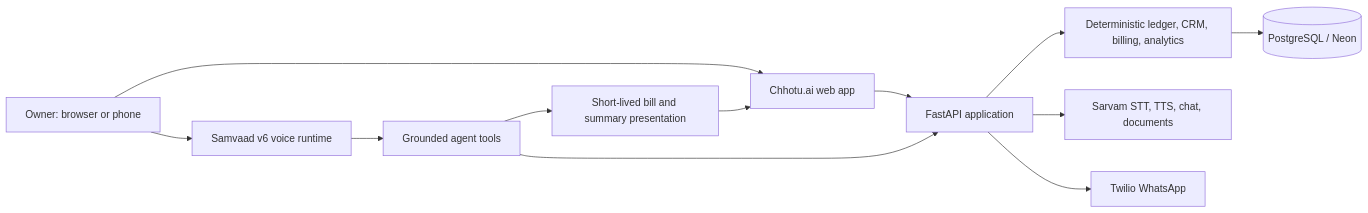
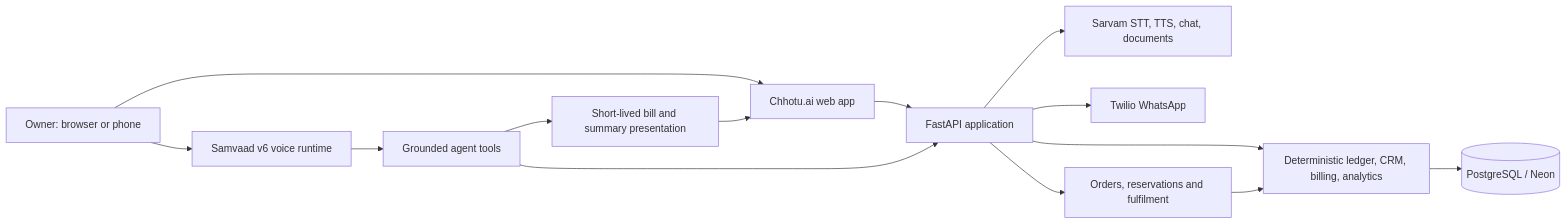
Before and after one commit to anee769/ChhotuAI: the diagram in README.md, drawn with Mermaid. The commit also changed other lines of this file and 13 other files, not shown here.

````diff
--- a/README.md
+++ b/README.md
@@ -171,14 +187,16 @@
 ```mermaid
 flowchart LR
     Owner["Owner: browser or phone"] --> Voice["Samvaad v6 voice runtime"]
     Voice --> Tools["Grounded agent tools"]
     Owner --> UI["Chhotu.ai web app"]
     UI --> API["FastAPI application"]
     Tools --> API
     API --> Ledger["Deterministic ledger, CRM, billing, analytics"]
     Ledger --> DB[("PostgreSQL / Neon")]
     API --> Sarvam["Sarvam STT, TTS, chat, documents"]
     API --> Twilio["Twilio WhatsApp"]
+    API --> Orders["Orders, reservations and fulfilment"]
+    Orders --> Ledger
     Tools --> Preview["Short-lived bill and summary presentation"]
     Preview --> UI
 ```
````
